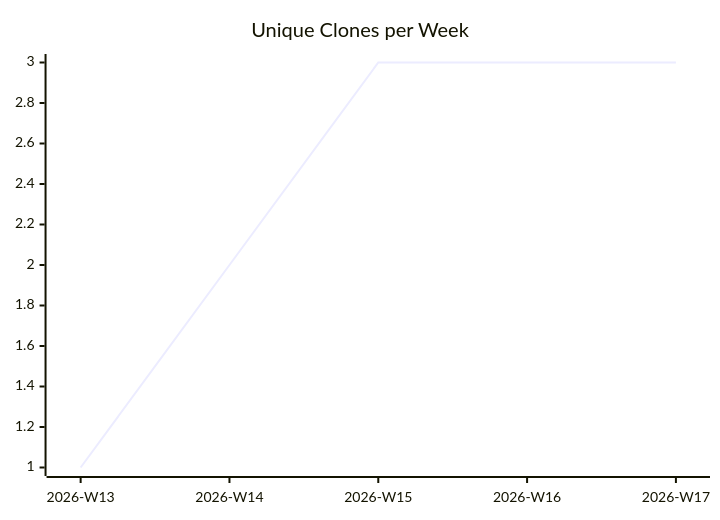
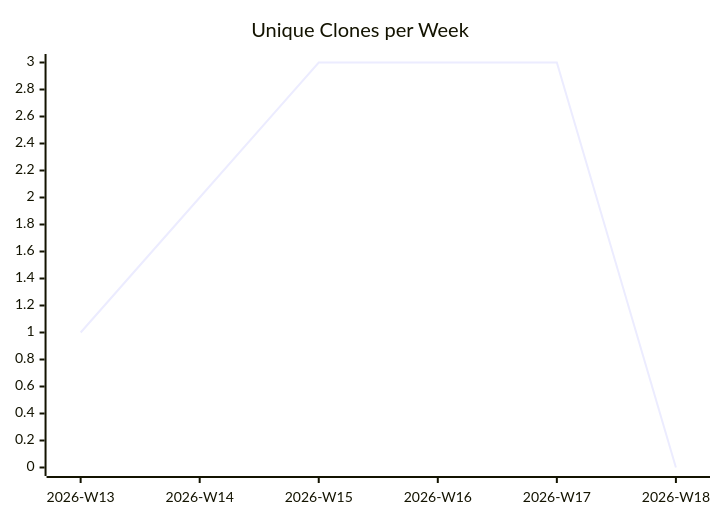
One commit to justdavis-family/github-analytics-data changed the third of 3 diagrams in karlmdavis/xmlpull/README.md. Above: the diagram before and after it, drawn with Mermaid. The commit also changed other lines of this file and 184 other files, not shown here.

````diff
--- a/karlmdavis/xmlpull/README.md
+++ b/karlmdavis/xmlpull/README.md
@@ -19,6 +19,6 @@
 ```mermaid
 xychart-beta
   title "Unique Clones per Week"
-  x-axis ["2026-W13", "2026-W14", "2026-W15", "2026-W16", "2026-W17"]
-  line [1, 2, 3, 3, 3]
+  x-axis ["2026-W13", "2026-W14", "2026-W15", "2026-W16", "2026-W17", "2026-W18"]
+  line [1, 2, 3, 3, 3, 0]
 ```
````
